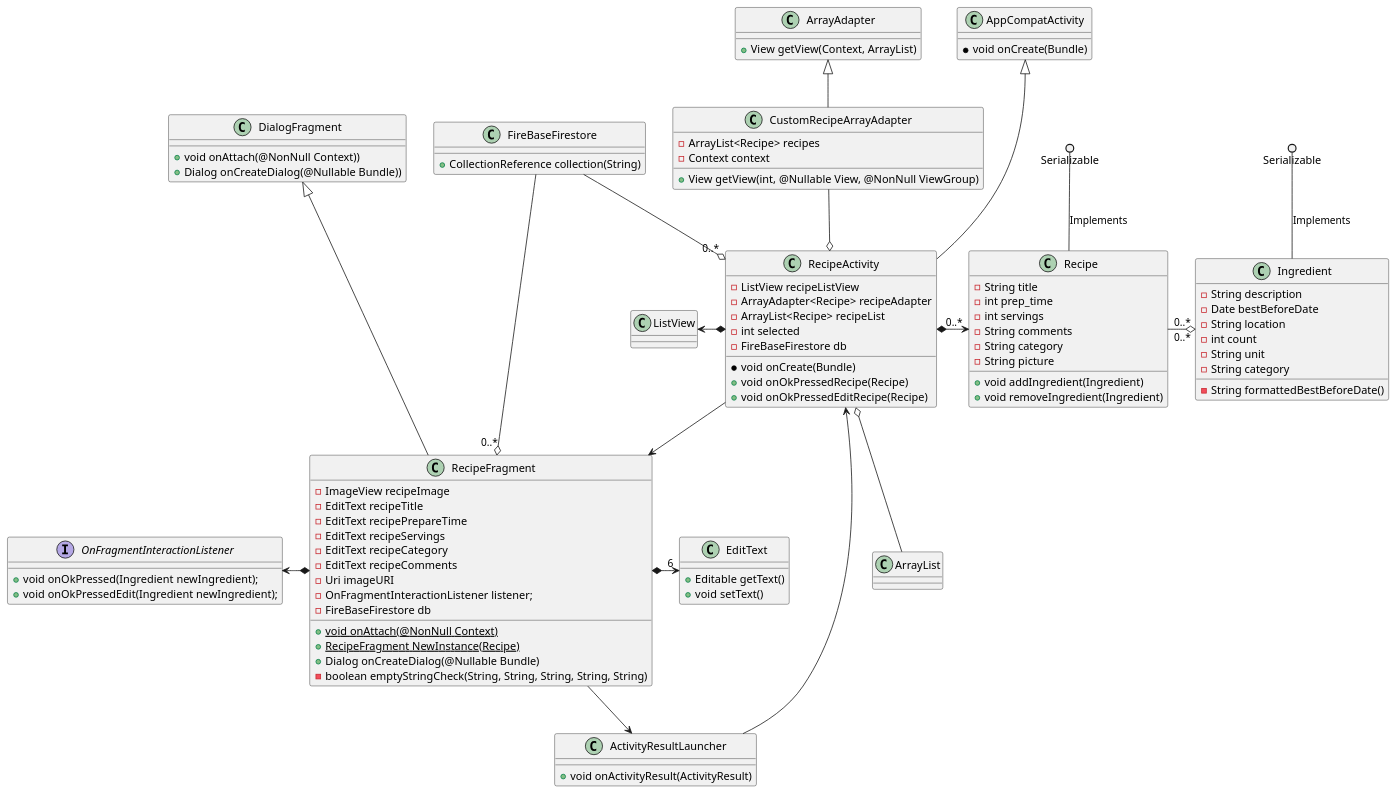
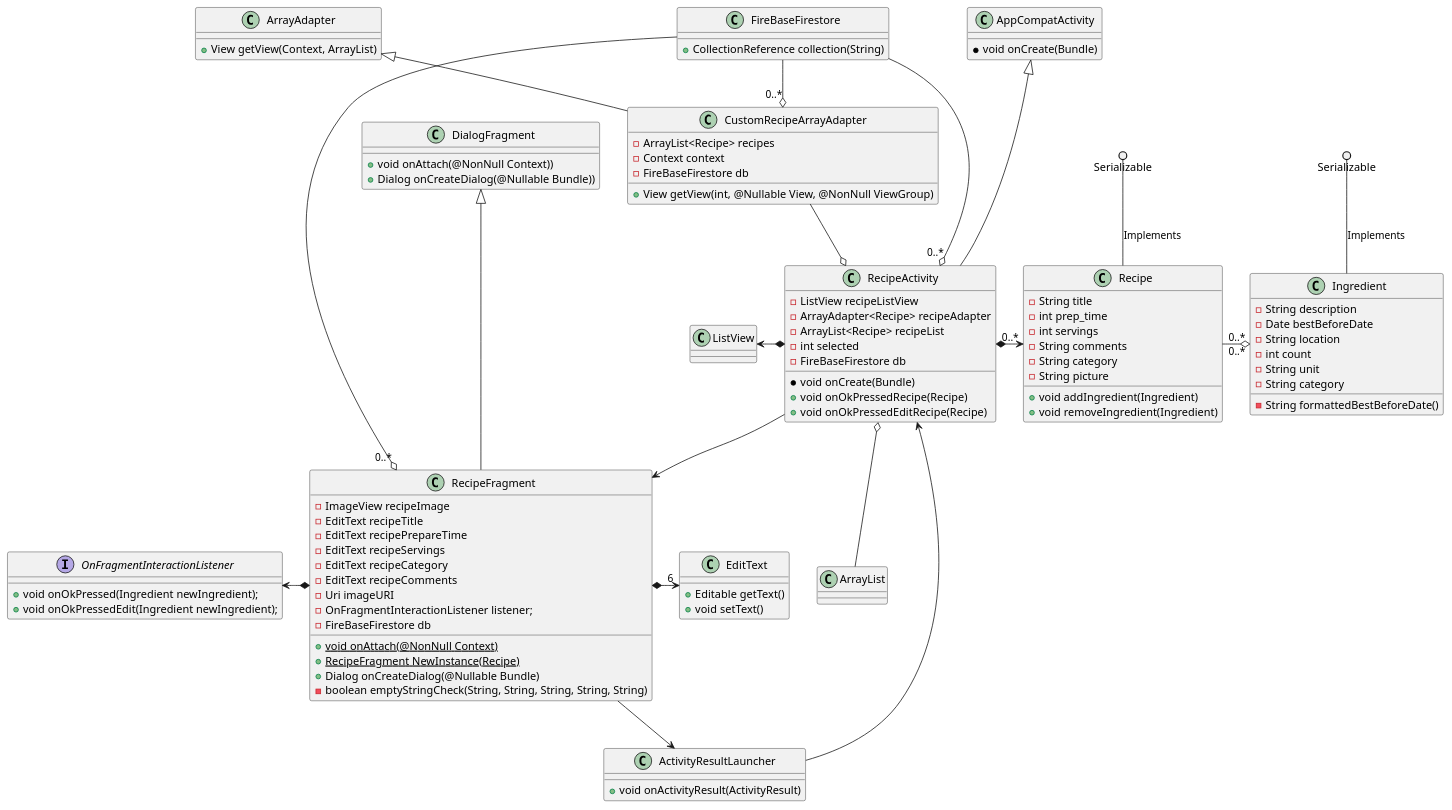
One commit to CMPUT301F22T31/FoodCart changed the diagram in doc/RecipeUML.puml. Above: the diagram before and after it, drawn with PlantUML. The commit also changed 7 other files, not shown here.

Commit message:
Connect Recipe add, edit & delete to Database and updated UML diagrams to include the databases for the CustomAdaptors

```diff
--- a/doc/RecipeUML.puml
+++ b/doc/RecipeUML.puml
@@ -1,114 +1,116 @@
 @startuml
 'https://plantuml.com/class-diagram
 
 class ArrayAdapter {
 +View getView(Context, ArrayList)
 }
 
 class EditText {
 +Editable getText()
 +void setText()
 }
 
 class Ingredient {
 -String description
 -Date bestBeforeDate
 -String location
 -int count
 -String unit
 -String category
 
 -String formattedBestBeforeDate()
 }
 
 class FireBaseFirestore {
 +CollectionReference collection(String)
 }
 
 class ActivityResultLauncher {
     +void onActivityResult(ActivityResult)
 }
 
 class Recipe {
 -String title
 -int prep_time
 -int servings
 -String comments
 -String category
 -String picture
 
 +void addIngredient(Ingredient)
 +void removeIngredient(Ingredient)
 }
 
 class AppCompatActivity {
 *void onCreate(Bundle)
 }
 
 class RecipeActivity {
 -ListView recipeListView
 -ArrayAdapter<Recipe> recipeAdapter
 -ArrayList<Recipe> recipeList
 -int selected
 -FireBaseFirestore db
 
 *void onCreate(Bundle)
 +void onOkPressedRecipe(Recipe)
 +void onOkPressedEditRecipe(Recipe)
 }
 
 class DialogFragment {
 +void onAttach(@NonNull Context))
 +Dialog onCreateDialog(@Nullable Bundle))
 }
 
 class RecipeFragment {
 -ImageView recipeImage
 -EditText recipeTitle
 -EditText recipePrepareTime
 -EditText recipeServings
 -EditText recipeCategory
 -EditText recipeComments
 -Uri imageURI
 -OnFragmentInteractionListener listener;
 -FireBaseFirestore db
 
 + {static} void onAttach(@NonNull Context)
 + {static} RecipeFragment NewInstance(Recipe)
 + Dialog onCreateDialog(@Nullable Bundle)
 - boolean emptyStringCheck(String, String, String, String, String)
 }
 
 interface OnFragmentInteractionListener {
 +void onOkPressed(Ingredient newIngredient);
 +void onOkPressedEdit(Ingredient newIngredient);
 }
 
 class CustomRecipeArrayAdapter extends ArrayAdapter {
 - ArrayList<Recipe> recipes
 - Context context
+- FireBaseFirestore db
 
 + View getView(int, @Nullable View, @NonNull ViewGroup)
 }
 
 Serializable ()-- Recipe : Implements
 Serializable ()-- Ingredient : Implements
 Recipe "0..*" -o "0..*" Ingredient
 
 RecipeActivity *-> "0..*" Recipe
 ListView <-* RecipeActivity
 CustomRecipeArrayAdapter --o RecipeActivity
 FireBaseFirestore --o "0..*" RecipeActivity
 RecipeActivity o-- ArrayList
 AppCompatActivity <|--- RecipeActivity
 DialogFragment <|--- RecipeFragment
 
 RecipeFragment *-> "6" EditText
 OnFragmentInteractionListener <-* RecipeFragment
 FireBaseFirestore --o "0..*" RecipeFragment
+FireBaseFirestore --o "0..*" CustomRecipeArrayAdapter
 
 RecipeActivity --> RecipeFragment
 RecipeFragment --> ActivityResultLauncher
 ActivityResultLauncher --> RecipeActivity
 
 @enduml
```
